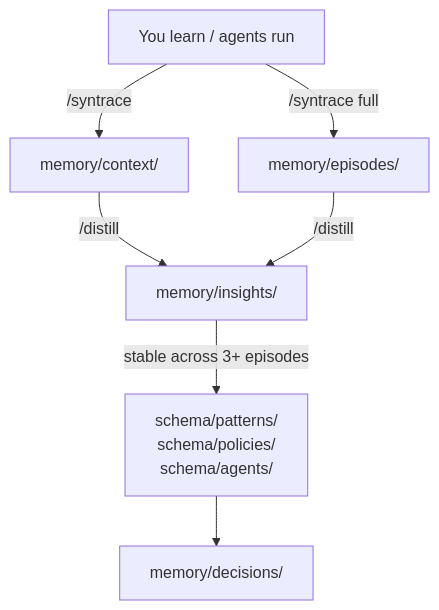
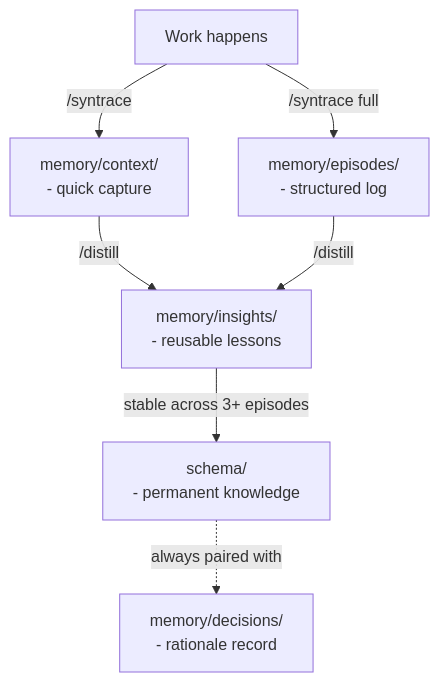
The diagram in README.md (leksval/syntrace), drawn with Mermaid before and after one commit. The commit also changed other lines of this file, not shown here.

````diff
--- a/README.md
+++ b/README.md
@@ -133,9 +155,9 @@
 ```mermaid
 flowchart TD
-    Work["You learn / agents run"] -->|"/syntrace"| Context["memory/context/"]
-    Work -->|"/syntrace full"| Episodes["memory/episodes/"]
-    Context -->|"/distill"| Insights["memory/insights/"]
+    Work["Work happens"] -->|"/syntrace"| Context["memory/context/\n- quick capture"]
+    Work -->|"/syntrace full"| Episodes["memory/episodes/\n- structured log"]
+    Context -->|"/distill"| Insights["memory/insights/\n- reusable lessons"]
     Episodes -->|"/distill"| Insights
-    Insights -->|"stable across 3+ episodes"| Schema["schema/patterns/\nschema/policies/\nschema/agents/"]
-    Schema --> Decisions["memory/decisions/"]
+    Insights -->|"stable across 3+ episodes"| Schema["schema/\n- permanent knowledge"]
+    Schema -.->|"always paired with"| Decisions["memory/decisions/\n- rationale record"]
 ```
````
